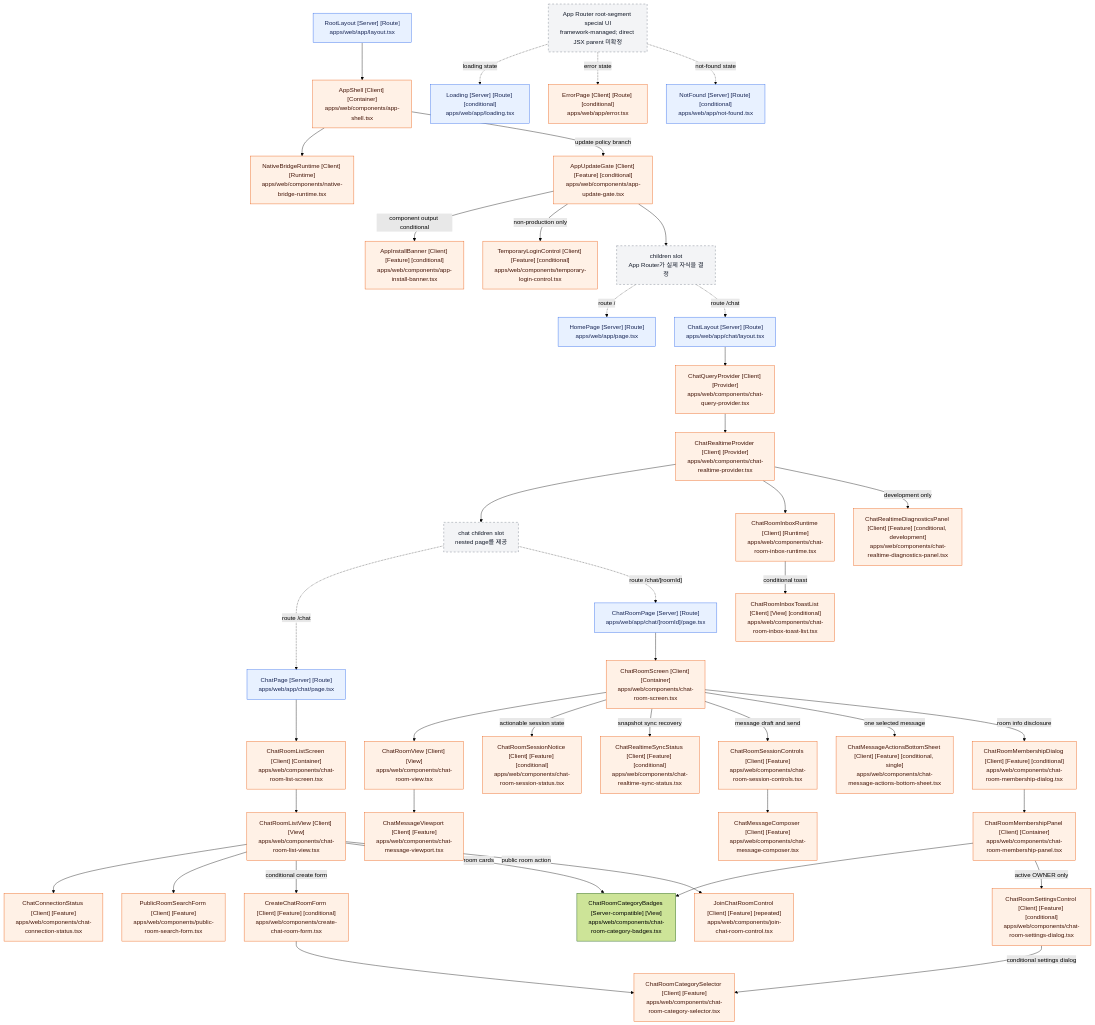
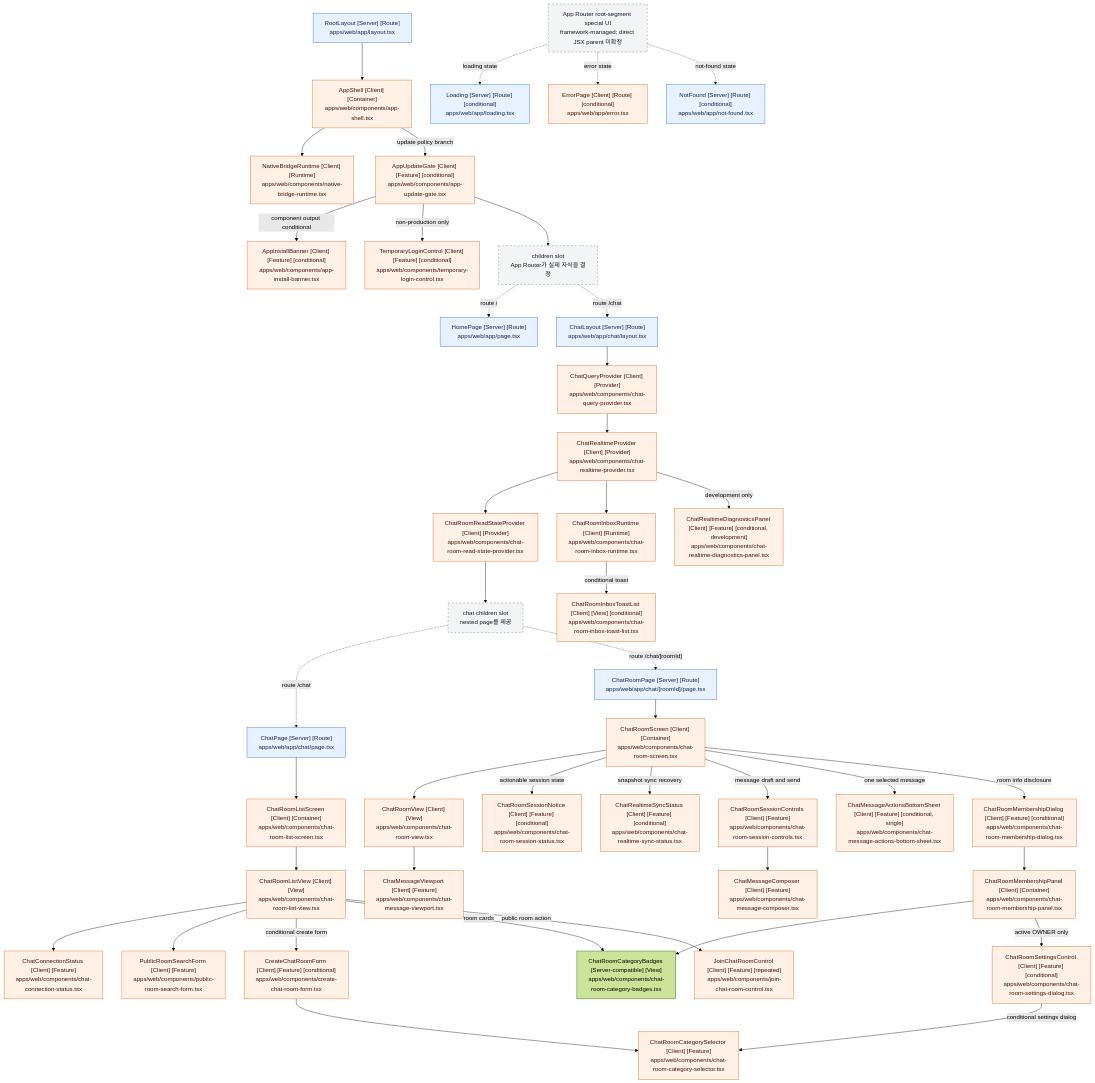
The diagram in docs/architecture/react-component-tree.md (mokpombc17-coder/CIVIC-AI), drawn with Mermaid (forest theme) before and after one commit. The commit also changed other lines of this file and 4 other files, not shown here.

Commit message:
refactor(web): lift read state coordination

````diff
--- a/docs/architecture/react-component-tree.md
+++ b/docs/architecture/react-component-tree.md
@@ -182,6 +185,7 @@
     ChatLayout["ChatLayout [Server] [Route]<br/>apps/web/app/chat/layout.tsx"]
     ChatQueryProvider["ChatQueryProvider [Client] [Provider]<br/>apps/web/components/chat-query-provider.tsx"]
     ChatRealtimeProvider["ChatRealtimeProvider [Client] [Provider]<br/>apps/web/components/chat-realtime-provider.tsx"]
+    ChatRoomReadStateProvider["ChatRoomReadStateProvider [Client] [Provider]<br/>apps/web/components/chat-room-read-state-provider.tsx"]
     ChatRealtimeDiagnosticsPanel["ChatRealtimeDiagnosticsPanel [Client] [Feature] [conditional, development]<br/>apps/web/components/chat-realtime-diagnostics-panel.tsx"]
     ChatRoomInboxRuntime["ChatRoomInboxRuntime [Client] [Runtime]<br/>apps/web/components/chat-room-inbox-runtime.tsx"]
     ChatRoomInboxToastList["ChatRoomInboxToastList [Client] [View] [conditional]<br/>apps/web/components/chat-room-inbox-toast-list.tsx"]
@@ -225,7 +229,8 @@
     ChildrenSlot -. "route /chat" .-> ChatLayout
     ChatLayout --> ChatQueryProvider
     ChatQueryProvider --> ChatRealtimeProvider
-    ChatRealtimeProvider --> ChatChildrenSlot
+    ChatRealtimeProvider --> ChatRoomReadStateProvider
+    ChatRoomReadStateProvider --> ChatChildrenSlot
     ChatRealtimeProvider --> ChatRoomInboxRuntime
     ChatRealtimeProvider -->|"development only"| ChatRealtimeDiagnosticsPanel
     ChatRoomInboxRuntime -->|"conditional toast"| ChatRoomInboxToastList
@@ -262,6 +267,6 @@
     classDef framework fill:#f3f4f6,stroke:#6b7280,color:#111827,stroke-dasharray:5 5;
 
     class RootLayout,HomePage,ChatLayout,ChatPage,ChatRoomPage,Loading,NotFound server;
-    class AppShell,NativeBridgeRuntime,AppUpdateGate,AppInstallBanner,TemporaryLoginControl,ChatQueryProvider,ChatRealtimeProvider,ChatRealtimeDiagnosticsPanel,ChatRoomInboxRuntime,ChatRoomInboxToastList,ChatRoomListScreen,ChatRoomListView,PublicRoomSearchForm,CreateChatRoomForm,ChatRoomCategorySelector,JoinChatRoomControl,ChatConnectionStatus,ChatRoomScreen,ChatRoomView,ChatMessageViewport,ChatMessageActionsBottomSheet,ChatRoomMembershipDialog,ChatRoomMembershipPanel,ChatRoomSettingsControl,ChatRealtimeSyncStatus,ChatRoomSessionControls,ChatRoomSessionNotice,ChatMessageComposer,ErrorPage client;
+    class AppShell,NativeBridgeRuntime,AppUpdateGate,AppInstallBanner,TemporaryLoginControl,ChatQueryProvider,ChatRealtimeProvider,ChatRoomReadStateProvider,ChatRealtimeDiagnosticsPanel,ChatRoomInboxRuntime,ChatRoomInboxToastList,ChatRoomListScreen,ChatRoomListView,PublicRoomSearchForm,CreateChatRoomForm,ChatRoomCategorySelector,JoinChatRoomControl,ChatConnectionStatus,ChatRoomScreen,ChatRoomView,ChatMessageViewport,ChatMessageActionsBottomSheet,ChatRoomMembershipDialog,ChatRoomMembershipPanel,ChatRoomSettingsControl,ChatRealtimeSyncStatus,ChatRoomSessionControls,ChatRoomSessionNotice,ChatMessageComposer,ErrorPage client;
     class ChildrenSlot,ChatChildrenSlot,SpecialBoundary framework;
 ```
````
